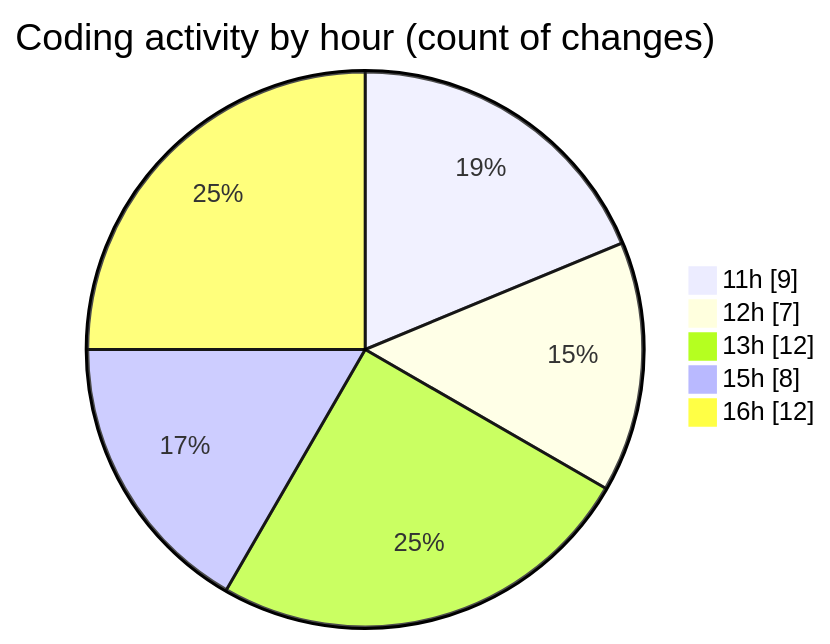
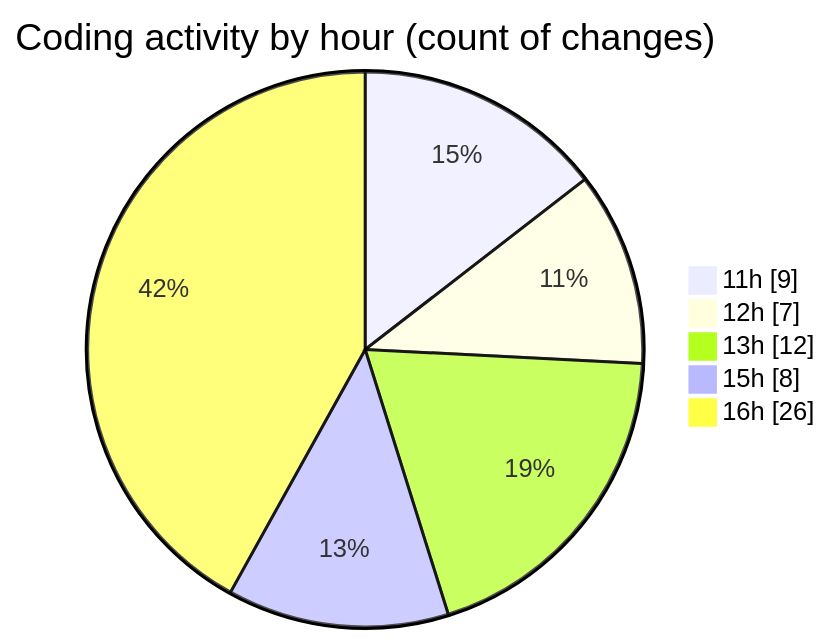
Before and after one commit to EIIisD/code-tracking: the second of 2 diagrams in 2025-08-07/ribbon/README.md, drawn with Mermaid. The commit also changed other lines of this file and 1 other file, not shown here.

````diff
--- a/2025-08-07/ribbon/README.md
+++ b/2025-08-07/ribbon/README.md
@@ -45,9 +48,9 @@
 ```mermaid
 pie showData
 title Coding activity by hour (count of changes)
 "11h" : 9
 "12h" : 7
 "13h" : 12
 "15h" : 8
-"16h" : 12
+"16h" : 26
 ```
````
